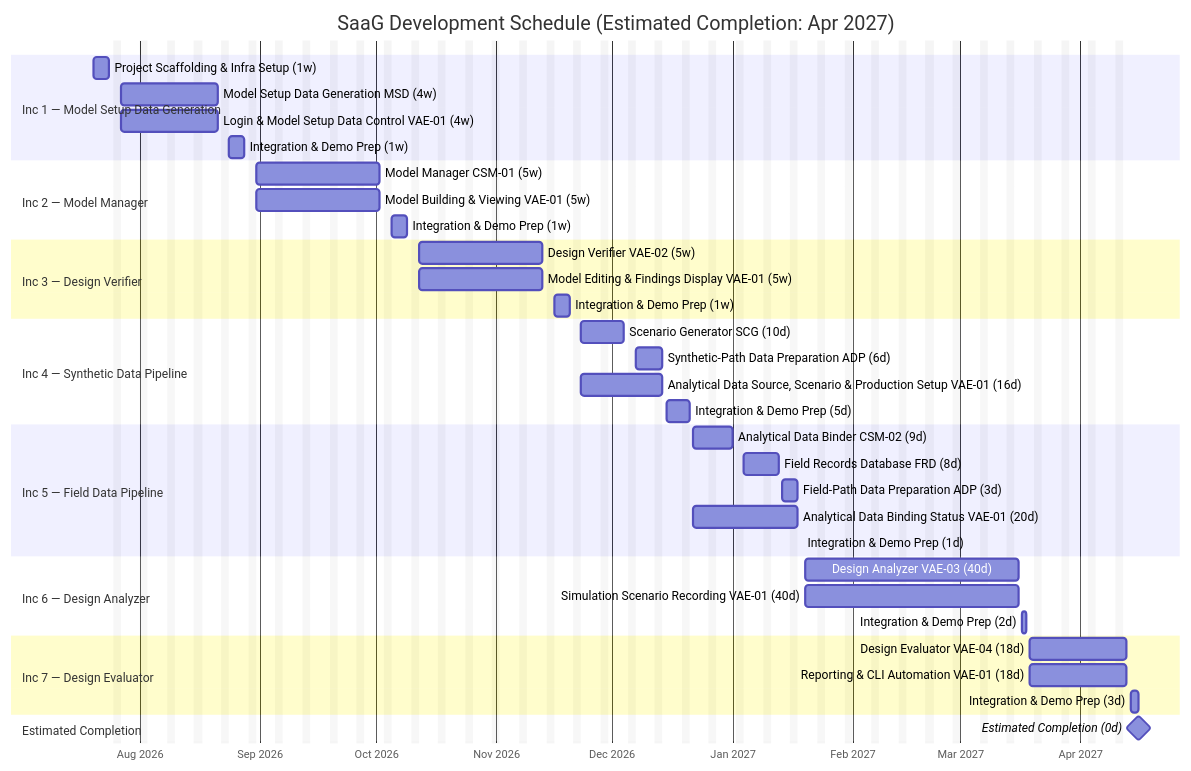
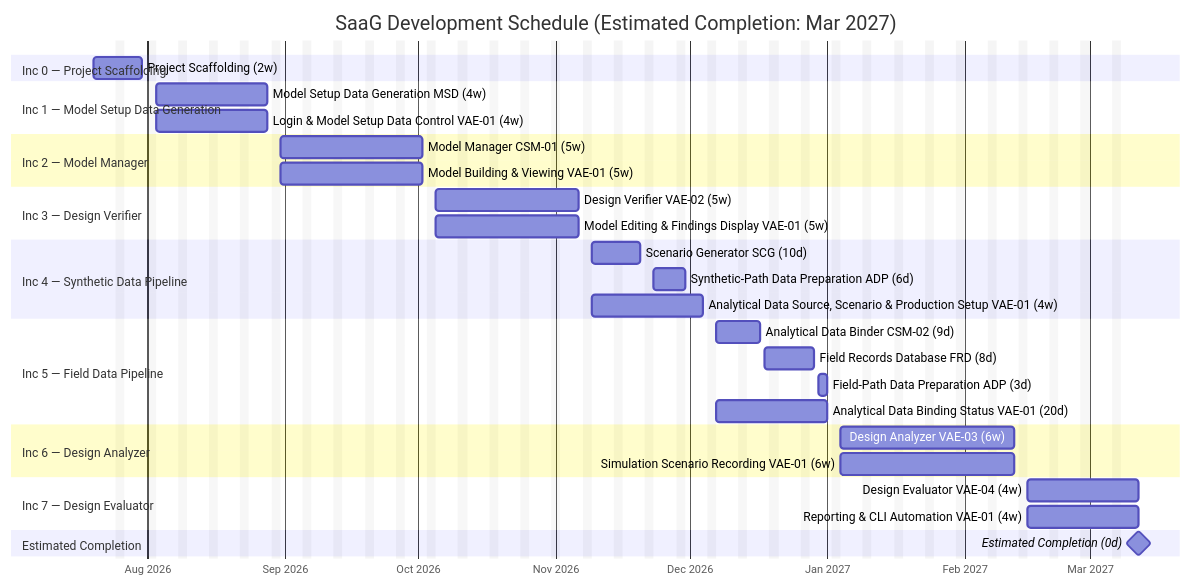
Before and after one commit to onuralpyigit/system-as-a-graph: the diagram in docs/planning/SDP.md, drawn with Mermaid. The commit also changed other lines of this file, not shown here.

Commit message:
docs(planning): add increment 0 for project scaffolding
Introduce Increment 0 to the Incremental Development Plan to account
for initial repository setup, shared infrastructure, and documentation
scaffolding.

- Add Increment 0 to the development schedule table
- Define design, development, test, and packaging goals for
  initial scaffolding
- Specify the "Definition of Done" criteria for the scaffolding phase

````diff
--- a/docs/planning/SDP.md
+++ b/docs/planning/SDP.md
@@ -271,50 +296,45 @@
 ```mermaid
 %%{init: { 'themeVariables': { 'excludeBkgColor': 'rgba(128,128,128,0.08)' } } }%%
 gantt
-    title SaaG Development Schedule (Estimated Completion: Apr 2027)
+    title SaaG Development Schedule (Estimated Completion: Mar 2027)
     dateFormat YYYY-MM-DD
     axisFormat %b %Y
     excludes weekends
 
+    section Inc 0 — Project Scaffolding
+    Project Scaffolding (2w)      :scaffold1, 2026-07-20, 2026-07-31
+
     section Inc 1 — Model Setup Data Generation
-    Project Scaffolding & Infra Setup (1w)             :scaffold1, 2026-07-20, 2026-07-24
-    Model Setup Data Generation MSD (4w)               :msd, 2026-07-27, 2026-08-21
-    Login & Model Setup Data Control VAE-01 (4w)       :vae01a, 2026-07-27, 2026-08-21
-    Integration & Demo Prep (1w)                       :inc1int, 2026-08-24, 2026-08-28
+    Model Setup Data Generation MSD (4w)               :msd, 2026-08-03, 2026-08-28
+    Login & Model Setup Data Control VAE-01 (4w)       :vae01a, 2026-08-03, 2026-08-28
 
     section Inc 2 — Model Manager
     Model Manager CSM-01 (5w)                          :csm01, 2026-08-31, 2026-10-02
     Model Building & Viewing VAE-01 (5w)               :vae01b, 2026-08-31, 2026-10-02
-    Integration & Demo Prep (1w)                       :inc2int, 2026-10-05, 2026-10-09
 
     section Inc 3 — Design Verifier
-    Design Verifier VAE-02 (5w)                        :vae02, 2026-10-12, 2026-11-13
-    Model Editing & Findings Display VAE-01 (5w)       :vae01c, 2026-10-12, 2026-11-13
-    Integration & Demo Prep (1w)                       :inc3int, 2026-11-16, 2026-11-20
+    Design Verifier VAE-02 (5w)                        :vae02, 2026-10-05, 2026-11-06
+    Model Editing & Findings Display VAE-01 (5w)       :vae01c, 2026-10-05, 2026-11-06
 
     section Inc 4 — Synthetic Data Pipeline
-    Scenario Generator SCG (10d)                       :scg, 2026-11-23, 2026-12-04
-    Synthetic-Path Data Preparation ADP (6d)           :adpa, 2026-12-07, 2026-12-14
-    Analytical Data Source, Scenario & Production Setup VAE-01 (16d) :vae01de, 2026-11-23, 2026-12-14
-    Integration & Demo Prep (5d)                       :inc4int, 2026-12-15, 2026-12-21
+    Scenario Generator SCG (10d)                       :scg, 2026-11-09, 2026-11-20
+    Synthetic-Path Data Preparation ADP (6d)           :adpa, 2026-11-23, 2026-11-30
+    Analytical Data Source, Scenario & Production Setup VAE-01 (4w) :vae01de, 2026-11-09, 2026-12-04
 
     section Inc 5 — Field Data Pipeline
-    Analytical Data Binder CSM-02 (9d)                 :csm02, 2026-12-22, 2027-01-01
-    Field Records Database FRD (8d)                    :frd, 2027-01-04, 2027-01-13
-    Field-Path Data Preparation ADP (3d)                :adpb, 2027-01-14, 2027-01-18
-    Analytical Data Binding Status VAE-01 (20d)         :vae01f, 2026-12-22, 2027-01-18
-    Integration & Demo Prep (1d)                        :inc5int, 2027-01-19, 2027-01-19
+    Analytical Data Binder CSM-02 (9d)                 :csm02, 2026-12-07, 2026-12-17
+    Field Records Database FRD (8d)                    :frd, 2026-12-18, 2026-12-29
+    Field-Path Data Preparation ADP (3d)                :adpb, 2026-12-30, 2027-01-01
+    Analytical Data Binding Status VAE-01 (20d)         :vae01f, 2026-12-07, 2027-01-01
 
     section Inc 6 — Design Analyzer
-    Design Analyzer VAE-03 (40d)                        :vae03, 2027-01-20, 2027-03-16
-    Simulation Scenario Recording VAE-01 (40d)          :vae01g, 2027-01-20, 2027-03-16
-    Integration & Demo Prep (2d)                        :inc6int, 2027-03-17, 2027-03-18
+    Design Analyzer VAE-03 (6w)                         :vae03, 2027-01-04, 2027-02-12
+    Simulation Scenario Recording VAE-01 (6w)           :vae01g, 2027-01-04, 2027-02-12
 
     section Inc 7 — Design Evaluator
-    Design Evaluator VAE-04 (18d)                       :vae04, 2027-03-19, 2027-04-13
-    Reporting & CLI Automation VAE-01 (18d)             :vae01h, 2027-03-19, 2027-04-13
-    Integration & Demo Prep (3d)                        :inc7int, 2027-04-14, 2027-04-16
+    Design Evaluator VAE-04 (4w)                       :vae04, 2027-02-15, 2027-03-12
+    Reporting & CLI Automation VAE-01 (4w)             :vae01h, 2027-02-15, 2027-03-12
 
     section Estimated Completion
-    Estimated Completion (0d)                           :milestone, completion, 2027-04-16, 0d
+    Estimated Completion (0d)                           :milestone, completion, 2027-03-12, 0d
 ```
````
